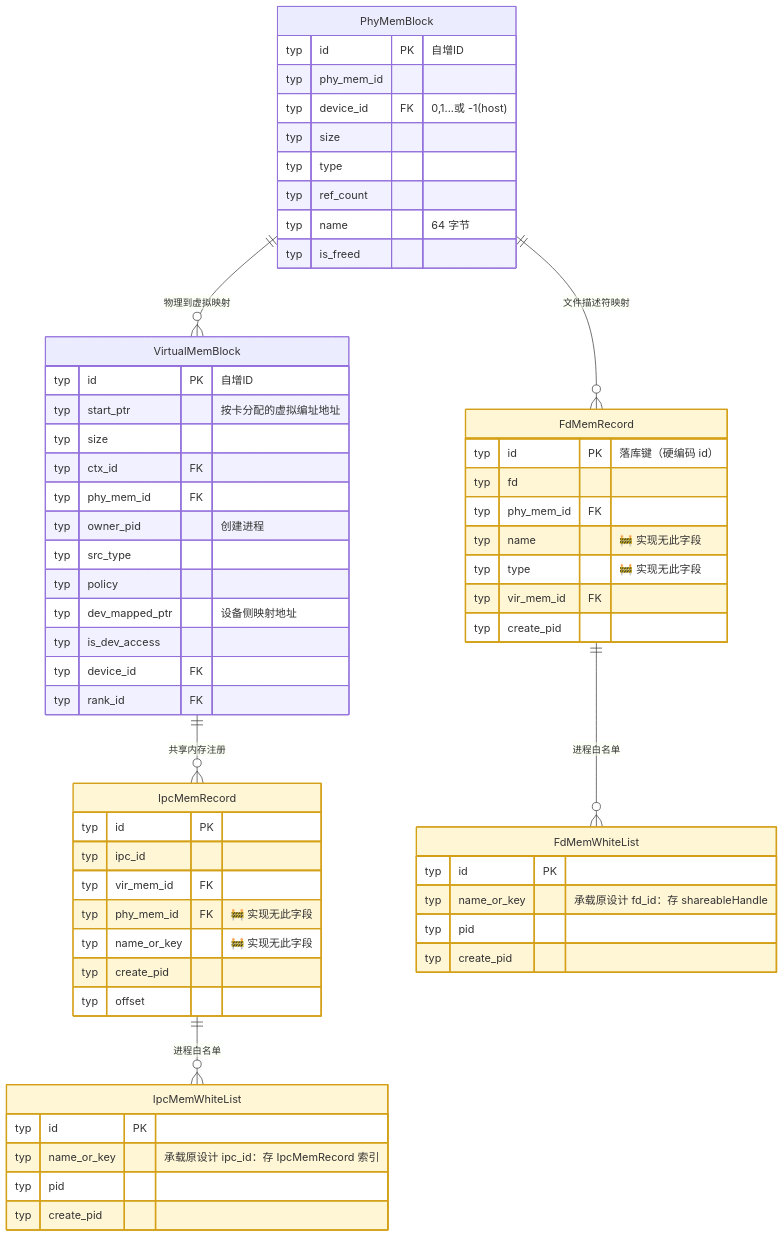
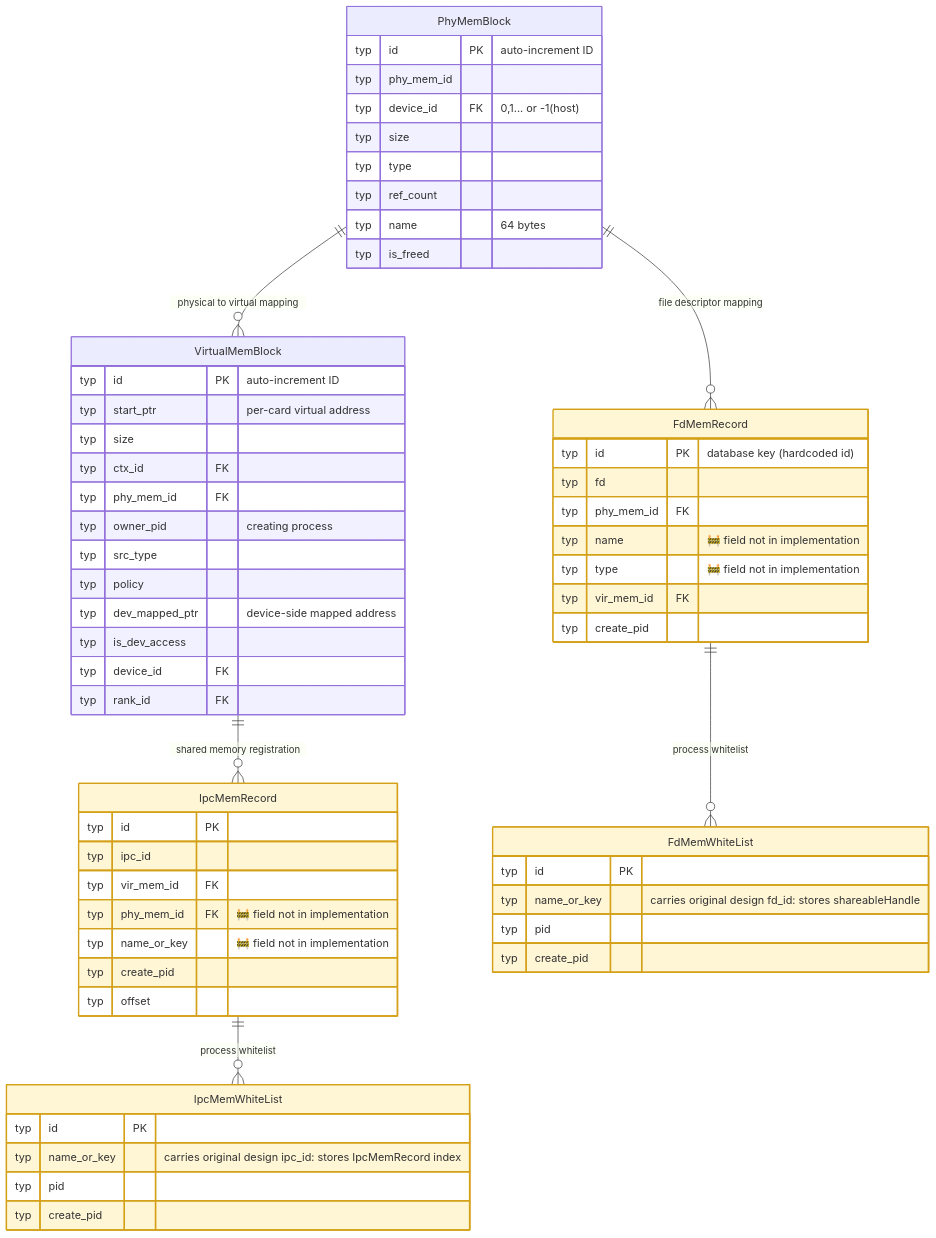
One commit to Atlas-Ascend-Fork/hcomm changed the fifth of 19 diagrams in test/hccl_vm/docs/simulator_runner_data_model_en.md. Above: the diagram before and after it, drawn with Mermaid. The commit also changed other lines of this file and 73 other files, not shown here.

````diff
--- a/test/hccl_vm/docs/simulator_runner_data_model_en.md
+++ b/test/hccl_vm/docs/simulator_runner_data_model_en.md
@@ -474,78 +474,78 @@
 ```mermaid
 erDiagram
-    %% 🧠 可进程私有：IpcMemRecord / IpcMemWhiteList / FdMemWhiteList（仅 src/proxy 访问）
-    %% FdMemRecord 仅 cmd 转储、无写入方（空表）
-    PhyMemBlock ||--o{ VirtualMemBlock : "物理到虚拟映射"
-    PhyMemBlock ||--o{ FdMemRecord : "文件描述符映射"
+    %% 🧠 Process-private candidates: IpcMemRecord / IpcMemWhiteList / FdMemWhiteList (only src/proxy accesses)
+    %% FdMemRecord: only cmd dump, no writer (empty table)
+    PhyMemBlock ||--o{ VirtualMemBlock : "physical to virtual mapping"
+    PhyMemBlock ||--o{ FdMemRecord : "file descriptor mapping"
     PhyMemBlock {
-        typ id PK "自增ID"
+        typ id PK "auto-increment ID"
         typ phy_mem_id
-        typ device_id FK "0,1...或 -1(host)"
+        typ device_id FK "0,1... or -1(host)"
         typ size
         typ type
         typ ref_count
-        typ name "64 字节"
+        typ name "64 bytes"
         typ is_freed
     }
 
     VirtualMemBlock {
-        typ id PK "自增ID"
-        typ start_ptr "按卡分配的虚拟编址地址"
+        typ id PK "auto-increment ID"
+        typ start_ptr "per-card virtual address"
         typ size
         typ ctx_id FK
         typ phy_mem_id FK
-        typ owner_pid "创建进程"
+        typ owner_pid "creating process"
         typ src_type ""
         typ policy
-        typ dev_mapped_ptr "设备侧映射地址"
+        typ dev_mapped_ptr "device-side mapped address"
         typ is_dev_access
         typ device_id FK
         typ rank_id FK
     }
 
-    VirtualMemBlock ||--o{ IpcMemRecord : "共享内存注册"
+    VirtualMemBlock ||--o{ IpcMemRecord : "shared memory registration"
     IpcMemRecord {
         typ id PK
         typ ipc_id
         typ vir_mem_id FK
-        typ phy_mem_id FK "🚧 实现无此字段"
-        typ name_or_key "🚧 实现无此字段"
+        typ phy_mem_id FK "🚧 field not in implementation"
+        typ name_or_key "🚧 field not in implementation"
         typ create_pid
         typ offset
     }
 
-    IpcMemRecord ||--o{ IpcMemWhiteList : "进程白名单"
+    IpcMemRecord ||--o{ IpcMemWhiteList : "process whitelist"
     IpcMemWhiteList {
         typ id PK
-        typ name_or_key "承载原设计 ipc_id：存 IpcMemRecord 索引"
+        typ name_or_key "carries original design ipc_id: stores IpcMemRecord index"
         typ pid
         typ create_pid
     }
 
     FdMemRecord {
-        typ id PK "落库键（硬编码 id）"
+        typ id PK "database key (hardcoded id)"
         typ fd
         typ phy_mem_id FK
-        typ name "🚧 实现无此字段"
-        typ type "🚧 实现无此字段"
+        typ name "🚧 field not in implementation"
+        typ type "🚧 field not in implementation"
         typ vir_mem_id FK
         typ create_pid
     }
 
-    FdMemRecord ||--o{ FdMemWhiteList : "进程白名单"
+    FdMemRecord ||--o{ FdMemWhiteList : "process whitelist"
     FdMemWhiteList {
         typ id PK
-        typ name_or_key "承载原设计 fd_id：存 shareableHandle"
+        typ name_or_key "carries original design fd_id: stores shareableHandle"
         typ pid
         typ create_pid
     }
 
-    %%VirtualMemBlock ||--o{ MemMapRecord : "映射关系"
+    %%VirtualMemBlock ||--o{ MemMapRecord : "mapping relationship"
     %%MemMapRecord {
     %%    typ ptr FK
     %%    typ phy_mem_id FK
     %%}
 
     classDef inproc fill:#fff6d6,stroke:#d4a017,stroke-width:2px
     class IpcMemRecord,IpcMemWhiteList,FdMemRecord,FdMemWhiteList inproc
 ```
````
